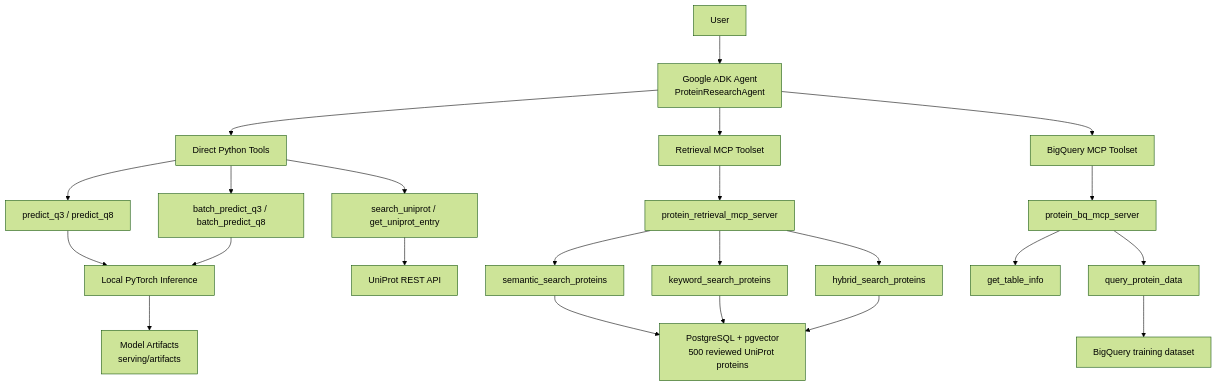
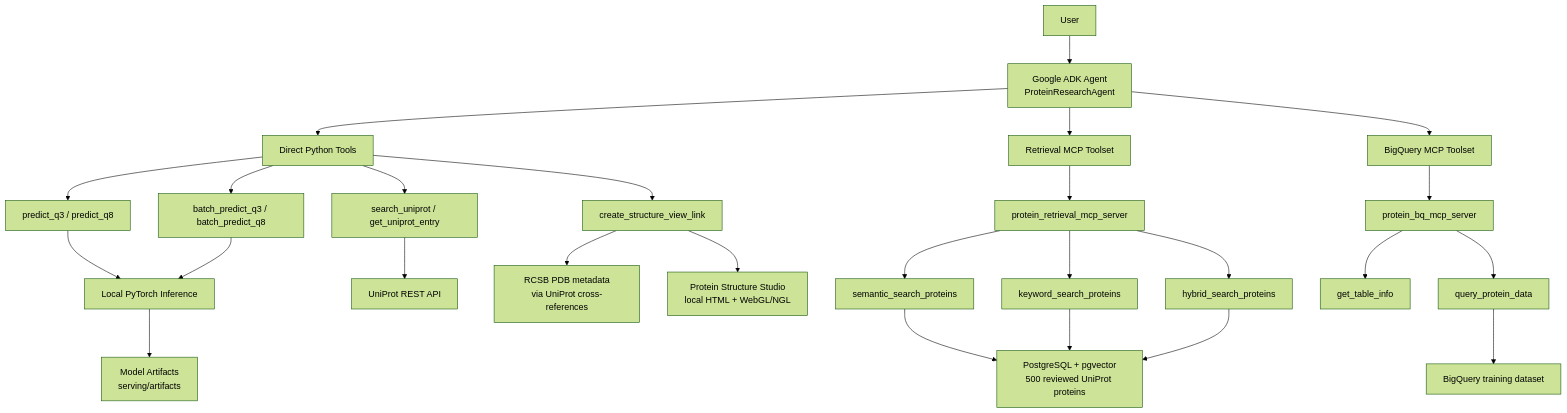
One commit to Mubarak-11/Protein_Secondary_Strucuture_Prediction changed the diagram in README.md. Above: the diagram before and after it, drawn with Mermaid (forest theme). The commit also changed other lines of this file and 15 other files, not shown here.

Commit message:
Add structure studio handoff

````diff
--- a/README.md
+++ b/README.md
@@ -76,30 +80,33 @@
 ```mermaid
 flowchart TD
     U["User"] --> A["Google ADK Agent<br/>ProteinResearchAgent"]
 
     A --> PT["Direct Python Tools"]
     PT --> Q3["predict_q3 / predict_q8"]
     PT --> BQ3["batch_predict_q3 / batch_predict_q8"]
     PT --> UNI["search_uniprot / get_uniprot_entry"]
+    PT --> VIEW["create_structure_view_link"]
 
     Q3 --> INF["Local PyTorch Inference"]
     BQ3 --> INF
     INF --> ART["Model Artifacts<br/>serving/artifacts"]
 
     UNI --> UR["UniProt REST API"]
+    VIEW --> PDB["RCSB PDB metadata<br/>via UniProt cross-references"]
+    VIEW --> STUDIO["Protein Structure Studio<br/>local HTML + WebGL/NGL"]
 
     A --> RMCP["Retrieval MCP Toolset"]
     RMCP --> RS["protein_retrieval_mcp_server"]
     RS --> SEM["semantic_search_proteins"]
     RS --> KEY["keyword_search_proteins"]
     RS --> HYB["hybrid_search_proteins"]
     SEM --> PG["PostgreSQL + pgvector<br/>500 reviewed UniProt proteins"]
     KEY --> PG
     HYB --> PG
 
     A --> BMCP["BigQuery MCP Toolset"]
     BMCP --> BQS["protein_bq_mcp_server"]
     BQS --> GT["get_table_info"]
     BQS --> QT["query_protein_data"]
     QT --> BQ["BigQuery training dataset"]
 ```
````
